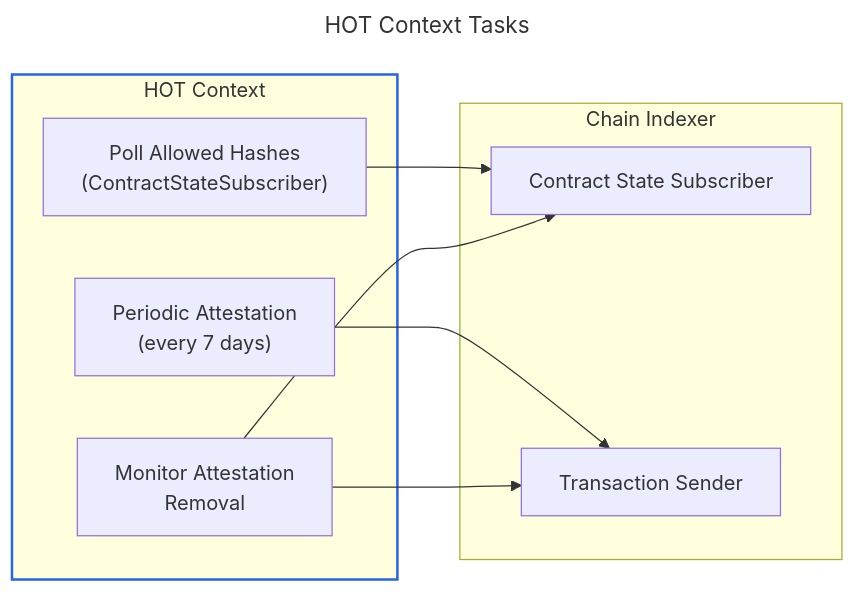
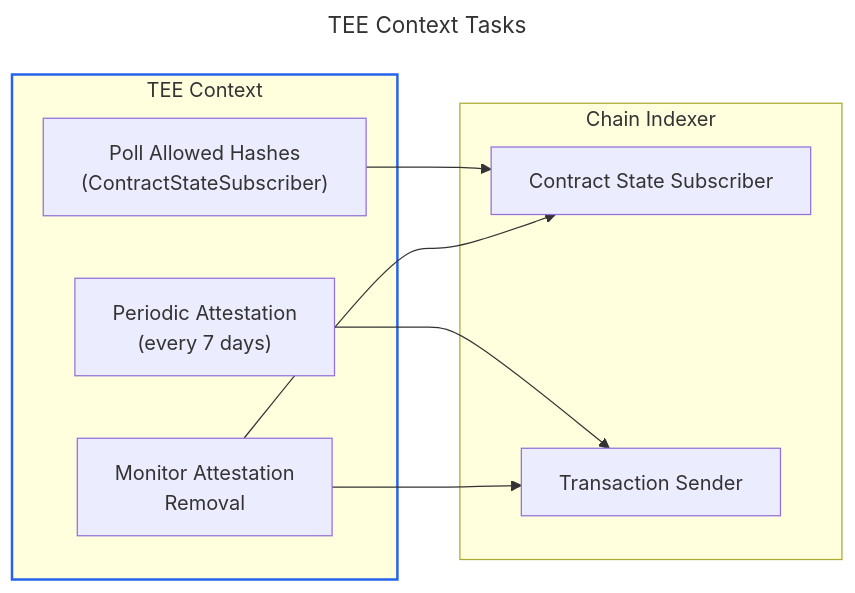
The third of 4 diagrams in docs/hot-tee-signing-design.md (near/mpc), drawn with Mermaid before and after one commit. The commit also changed other lines of this file, not shown here.

First line of the commit message:
Replacing HOT Context with a shared TEE Context crate (addressing PR review comment)

````diff
--- a/docs/hot-tee-signing-design.md
+++ b/docs/hot-tee-signing-design.md
@@ -242,25 +243,25 @@
 ```mermaid
 ---
-title: HOT Context Tasks
+title: TEE Context Tasks
 ---
 flowchart LR
 
-subgraph HOT_CTX["HOT Context"]
+subgraph TEE_CTX["TEE Context"]
     POLL_HASHES["Poll Allowed Hashes<br/>(ContractStateSubscriber)"]
     ATTEST["Periodic Attestation<br/>(every 7 days)"]
     MONITOR["Monitor Attestation<br/>Removal"]
 end
 
 subgraph CHAIN["Chain Indexer"]
     CSUB["Contract State Subscriber"]
     TSEND["Transaction Sender"]
 end
 
 POLL_HASHES --> CSUB
 ATTEST --> TSEND
 MONITOR --> CSUB
 MONITOR --> TSEND
 
 classDef ctx stroke:#2563eb,stroke-width:2px;
-class HOT_CTX ctx;
+class TEE_CTX ctx;
 ```
````
